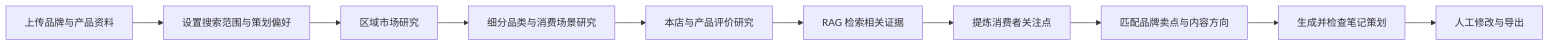
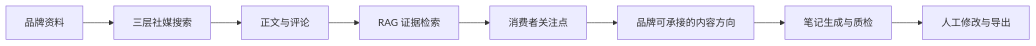
Before and after one commit to bellabk0717/Youju-AI-Social-Insights-Content-Planner: the diagram in README.md, drawn with Mermaid. The commit also changed other lines of this file and 9 other files, not shown here.

````diff
--- a/README.md
+++ b/README.md
@@ -19,12 +19,10 @@
 ```mermaid
 flowchart LR
-    A[上传品牌与产品资料] --> B[设置搜索范围与策划偏好]
-    B --> C[区域市场研究]
-    C --> D[细分品类与消费场景研究]
-    D --> E[本店与产品评价研究]
-    E --> F[RAG 检索相关证据]
-    F --> G[提炼消费者关注点]
-    G --> H[匹配品牌卖点与内容方向]
-    H --> I[生成并检查笔记策划]
-    I --> J[人工修改与导出]
+    A[品牌资料] --> B[三层社媒搜索]
+    B --> C[正文与评论]
+    C --> D[RAG 证据检索]
+    D --> E[消费者关注点]
+    E --> F[品牌可承接的内容方向]
+    F --> G[笔记生成与质检]
+    G --> H[人工修改与导出]
 ```
````
